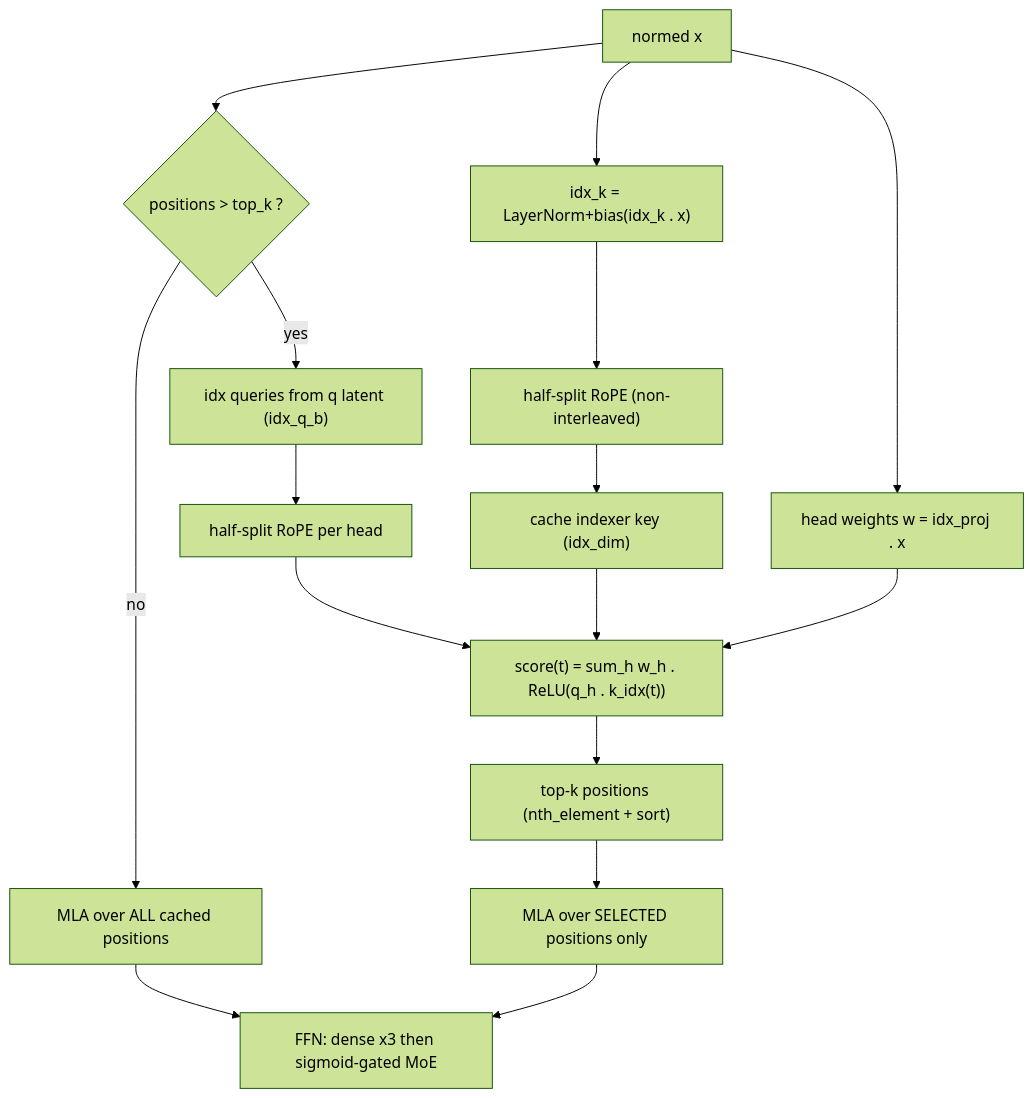
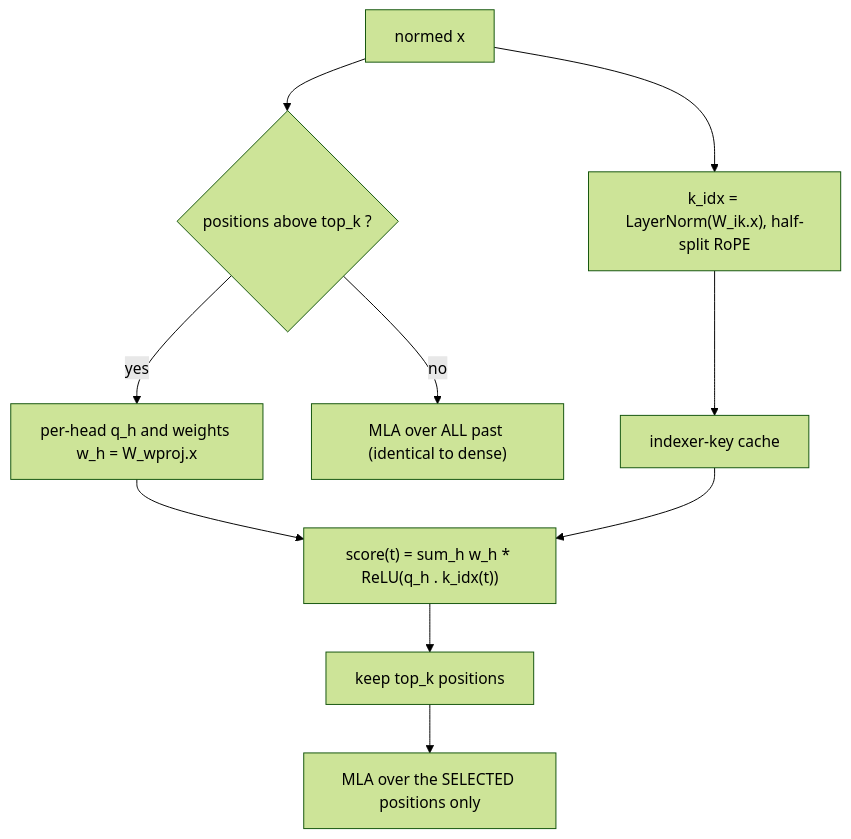
The sixth of 6 diagrams in docs/MODELS.md (garana/locus), drawn with Mermaid (forest theme) before and after one commit. The commit also changed other lines of this file, not shown here.

````diff
--- a/docs/MODELS.md
+++ b/docs/MODELS.md
@@ -157,20 +466,12 @@
 ```mermaid
 flowchart TD
-    xb["normed x"] --> idxk["idx_k = LayerNorm+bias(idx_k . x)"]
-    idxk --> rhk["half-split RoPE (non-interleaved)"]
-    rhk --> icache["cache indexer key (idx_dim)"]
-
-    xb --> cap{"positions > top_k ?"}
-    cap -->|no| mlaAll["MLA over ALL cached positions"]
-    cap -->|yes| idxq["idx queries from q latent (idx_q_b)"]
-    idxq --> rhq["half-split RoPE per head"]
-    rhq --> score["score(t) = sum_h w_h . ReLU(q_h . k_idx(t))"]
-    icache --> score
-    xb --> hw["head weights w = idx_proj . x"]
-    hw --> score
-    score --> sel["top-k positions (nth_element + sort)"]
-    sel --> mlaSel["MLA over SELECTED positions only"]
-
-    mlaAll --> ffn["FFN: dense x3 then sigmoid-gated MoE"]
-    mlaSel --> ffn
+  x["normed x"] --> ik["k_idx = LayerNorm(W_ik.x), half-split RoPE"]
+  ik --> IC["indexer-key cache"]
+  x --> cap{"positions above top_k ?"}
+  cap -->|no| all["MLA over ALL past (identical to dense)"]
+  cap -->|yes| iq["per-head q_h and weights w_h = W_wproj.x"]
+  iq --> sco["score(t) = sum_h w_h * ReLU(q_h . k_idx(t))"]
+  IC --> sco
+  sco --> top["keep top_k positions"]
+  top --> sel["MLA over the SELECTED positions only"]
 ```
````
